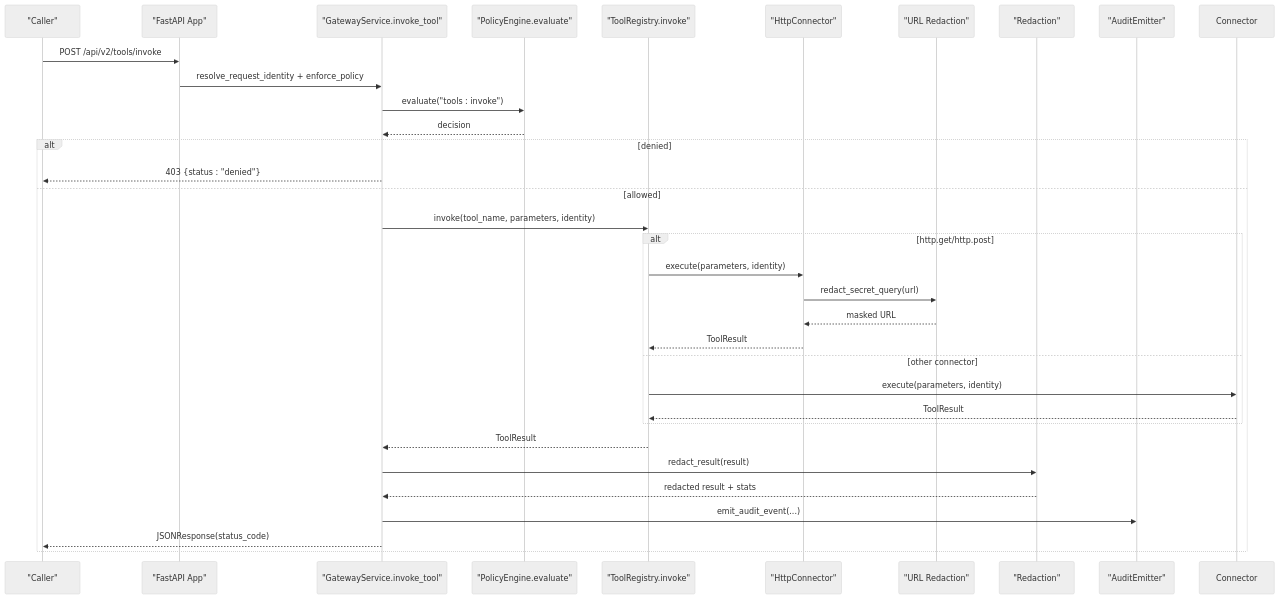
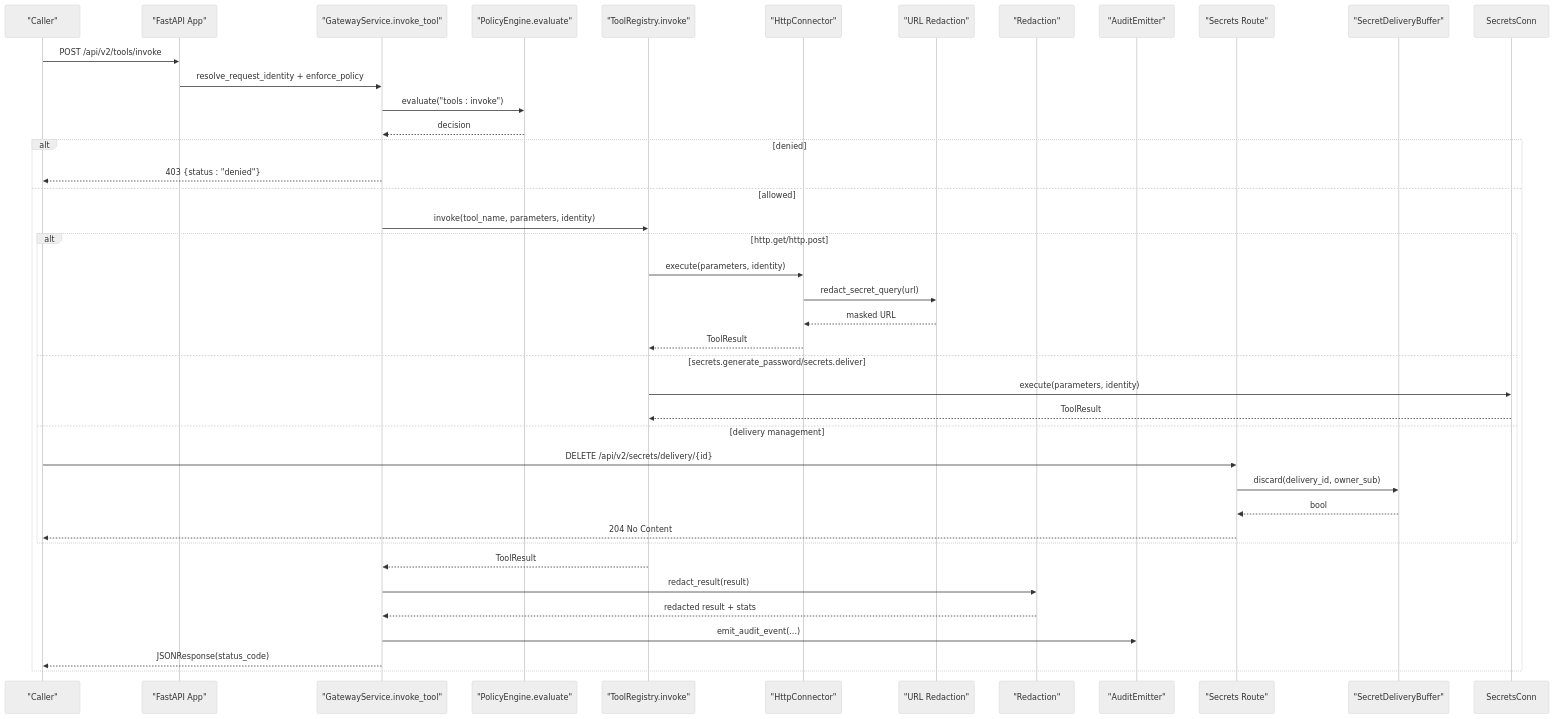
The second of 12 diagrams in .qoder/repowiki/en/content/Core Services/Tool Gateway/Tool Gateway.md (metasync/luban-aiops), drawn with Mermaid (neutral theme) before and after one commit. The commit also changed other lines of this file and 56 other files, not shown here.

First line of the commit message:
docs: refresh repowiki knowledge cache (SPEC-062 secret delivery, v0.42.0)

````diff
--- a/.qoder/repowiki/en/content/Core Services/Tool Gateway/Tool Gateway.md
+++ b/.qoder/repowiki/en/content/Core Services/Tool Gateway/Tool Gateway.md
@@ -121,35 +131,42 @@
 ```mermaid
 sequenceDiagram
 participant Client as "Caller"
 participant Gateway as "FastAPI App"
 participant Service as "GatewayService.invoke_tool"
 participant Policy as "PolicyEngine.evaluate"
 participant Registry as "ToolRegistry.invoke"
 participant HttpConn as "HttpConnector"
 participant UrlRedact as "URL Redaction"
 participant Redact as "Redaction"
 participant Audit as "AuditEmitter"
+participant SecretsRoute as "Secrets Route"
+participant Buffer as "SecretDeliveryBuffer"
 Client->>Gateway : POST /api/v2/tools/invoke
 Gateway->>Service : resolve_request_identity + enforce_policy
 Service->>Policy : evaluate("tools : invoke")
 Policy-->>Service : decision
 alt denied
 Service-->>Client : 403 {status : "denied"}
 else allowed
 Service->>Registry : invoke(tool_name, parameters, identity)
 alt http.get/http.post
 Registry->>HttpConn : execute(parameters, identity)
 HttpConn->>UrlRedact : redact_secret_query(url)
 UrlRedact-->>HttpConn : masked URL
 HttpConn-->>Registry : ToolResult
-else other connector
-Registry->>Connector : execute(parameters, identity)
-Connector-->>Registry : ToolResult
+else secrets.generate_password/secrets.deliver
+Registry->>SecretsConn : execute(parameters, identity)
+SecretsConn-->>Registry : ToolResult
+else delivery management
+Client->>SecretsRoute : DELETE /api/v2/secrets/delivery/{id}
+SecretsRoute->>Buffer : discard(delivery_id, owner_sub)
+Buffer-->>SecretsRoute : bool
+SecretsRoute-->>Client : 204 No Content
 end
 Registry-->>Service : ToolResult
 Service->>Redact : redact_result(result)
 Redact-->>Service : redacted result + stats
 Service->>Audit : emit_audit_event(...)
 Service-->>Client : JSONResponse(status_code)
 end
 ```
````
